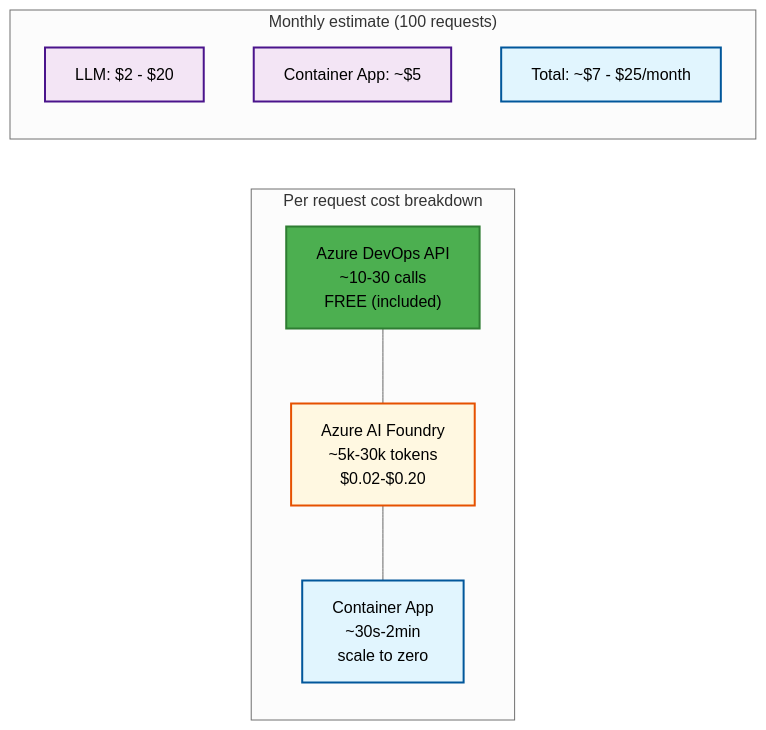
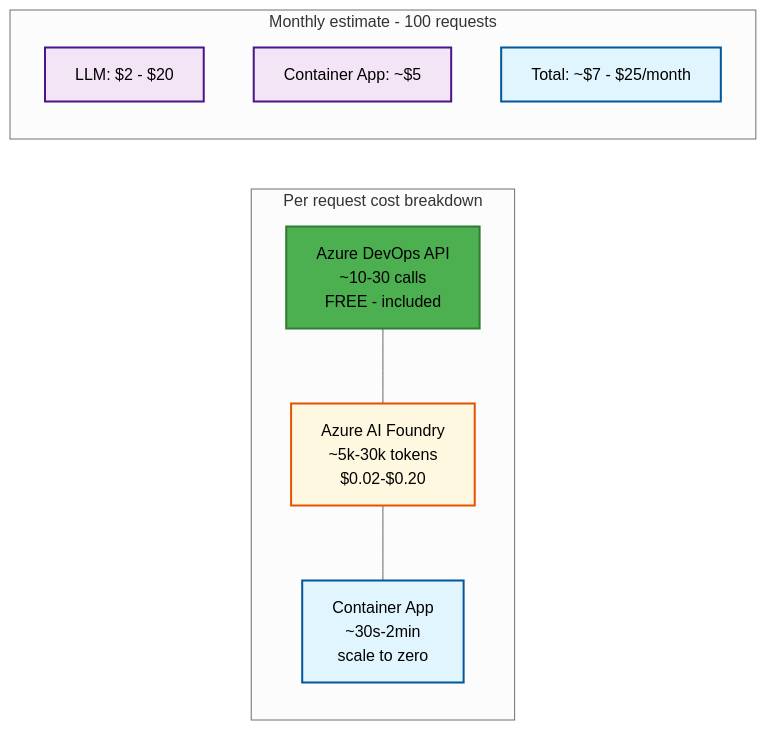
The eighth of 8 diagrams in README.md (victorvos/devops_agent), drawn with Mermaid (neutral theme) before and after one commit. The commit also changed other lines of this file and 37 other files, not shown here.

First line of the commit message:
Add enterprise LangGraph orchestrator and fix Mermaid for GitHub (#1)

````diff
--- a/README.md
+++ b/README.md
@@ -381,23 +583,23 @@
 ```mermaid
 graph LR
-    subgraph "Per request cost breakdown"
+    subgraph per_req["Per request cost breakdown"]
         direction TB
-        A1["Azure DevOps API<br/>~10-30 calls<br/>FREE (included)"] --- A2["Azure AI Foundry<br/>~5k-30k tokens<br/>$0.02-$0.20"]
+        A1["Azure DevOps API<br/>~10-30 calls<br/>FREE - included"] --- A2["Azure AI Foundry<br/>~5k-30k tokens<br/>$0.02-$0.20"]
         A2 --- A3["Container App<br/>~30s-2min<br/>scale to zero"]
     end
 
-    subgraph "Monthly estimate (100 requests)"
+    subgraph monthly_est["Monthly estimate - 100 requests"]
         direction TB
         B1["LLM: $2 - $20"]
         B2["Container App: ~$5"]
         B3["Total: ~$7 - $25/month"]
     end
 
     %% Styling
     style A1 fill:#4caf50,stroke:#2e7d32,stroke-width:2px,color:#000000
     style A2 fill:#fff8e1,stroke:#e65100,stroke-width:2px,color:#000000
     style A3 fill:#e1f5fe,stroke:#01579b,stroke-width:2px,color:#000000
     style B1 fill:#f3e5f5,stroke:#4a148c,stroke-width:2px,color:#000000
     style B2 fill:#f3e5f5,stroke:#4a148c,stroke-width:2px,color:#000000
     style B3 fill:#e1f5fe,stroke:#01579b,stroke-width:2px,color:#000000
 ```
````
